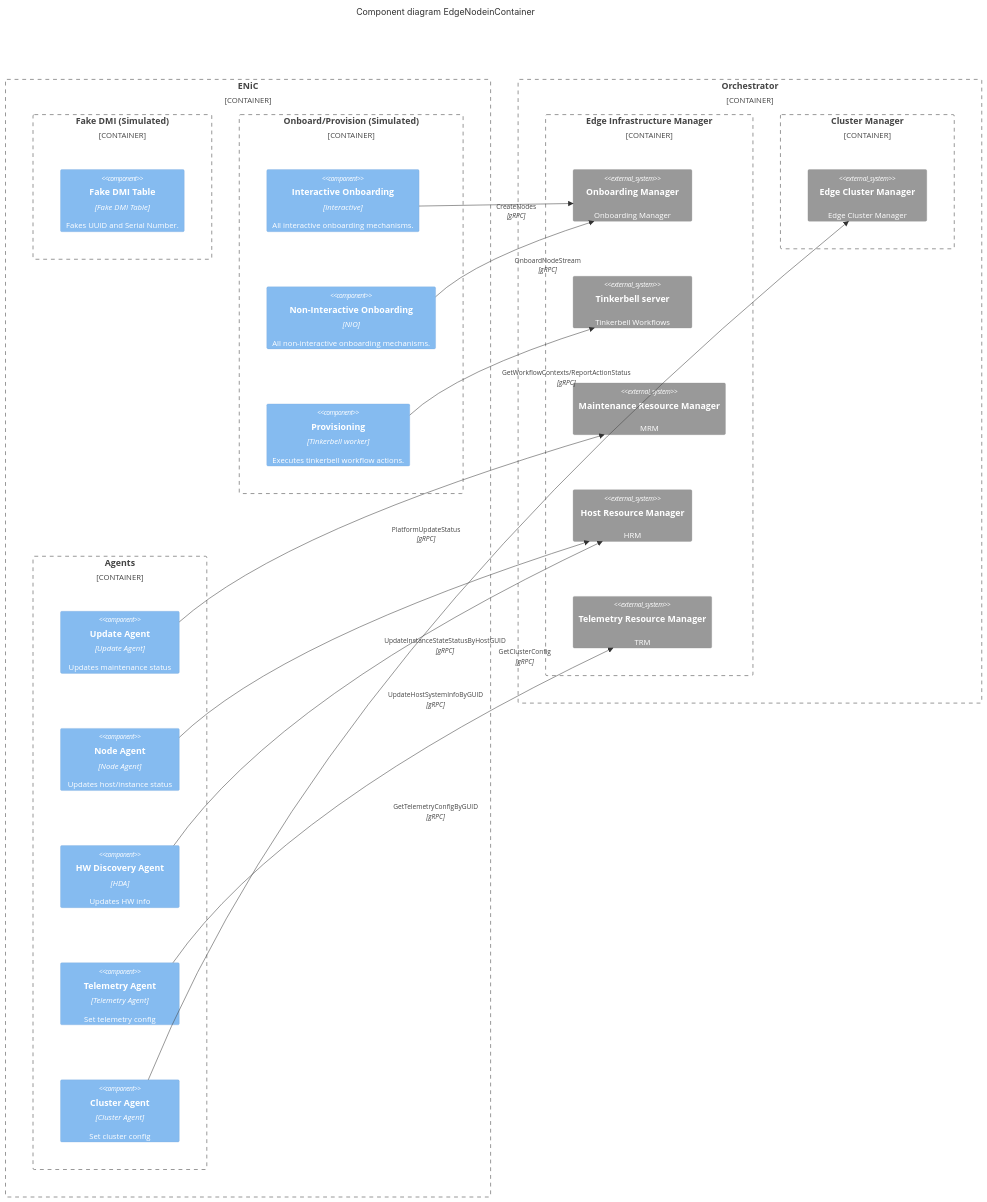
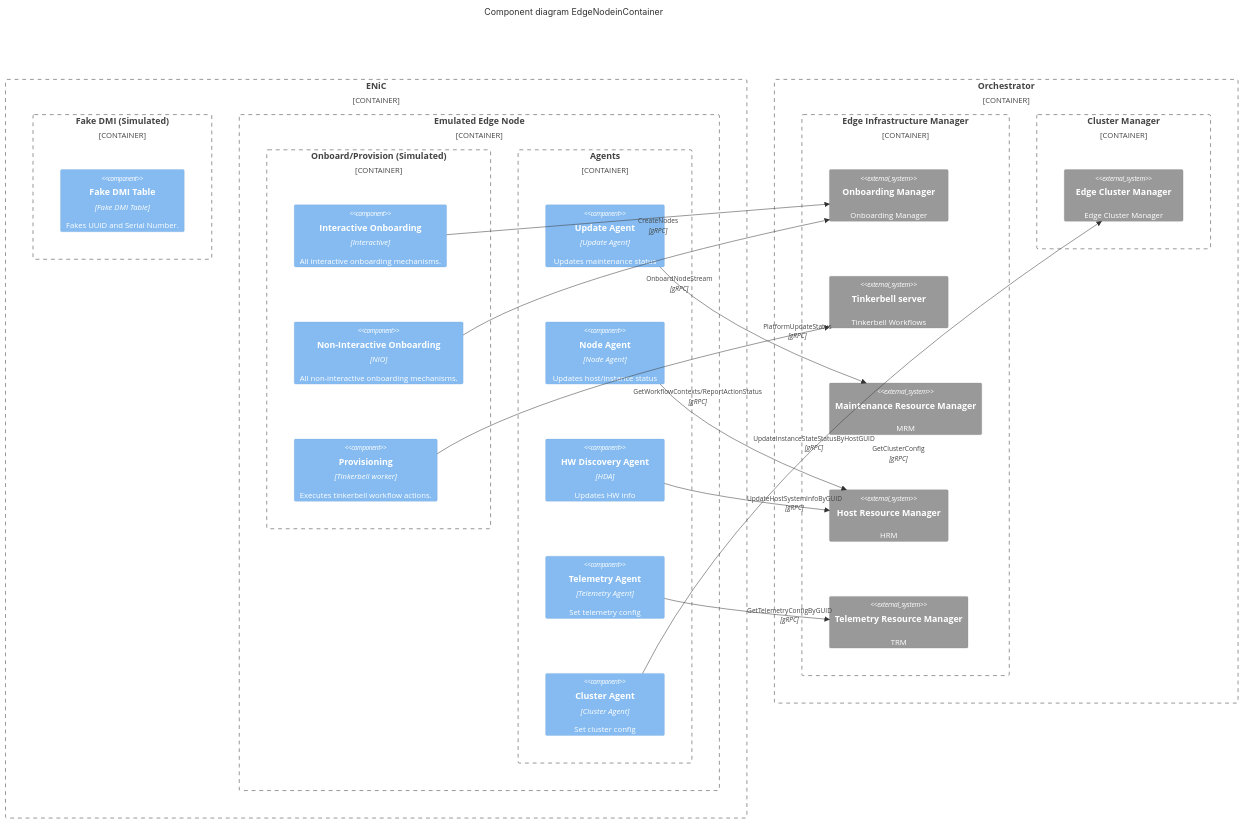
The second of 2 diagrams in edge-node-container/docs/internals.md (open-edge-platform/virtual-edge-node), drawn with Mermaid before and after one commit.

Commit message:
Updates diagram enic

````diff
--- a/edge-node-container/docs/internals.md
+++ b/edge-node-container/docs/internals.md
@@ -38,45 +38,47 @@
 ```mermaid
 C4Component
     title Component diagram EdgeNodeinContainer
 
     Container_Boundary(ensim, "ENiC") {
         Container_Boundary(fakedmi, "Fake DMI (Simulated)") {
             Component(fake, "Fake DMI Table", "Fake DMI Table", "Fakes UUID and Serial Number.")
         }
-        Container_Boundary(onbprov, "Onboard/Provision (Simulated)") {
-            Component(onboard, "Interactive Onboarding", "Interactive", "All interactive onboarding mechanisms.")
-            Component(nio, "Non-Interactive Onboarding", "NIO", "All non-interactive onboarding mechanisms.")
-            Component(prov, "Provisioning", "Tinkerbell worker", "Executes tinkerbell workflow actions.")
-        }
+        Container_Boundary(edgenode, "Emulated Edge Node") {
+          Container_Boundary(onbprov, "Onboard/Provision (Simulated)") {
+              Component(onboard, "Interactive Onboarding", "Interactive", "All interactive onboarding mechanisms.")
+              Component(nio, "Non-Interactive Onboarding", "NIO", "All non-interactive onboarding mechanisms.")
+              Component(prov, "Provisioning", "Tinkerbell worker", "Executes tinkerbell workflow actions.")
+          }
 
-        Container_Boundary(agents, "Agents") {
-            Component(update-agent, "Update Agent", "Update Agent", "Updates maintenance status")
-            Component(node-agent, "Node Agent", "Node Agent", "Updates host/instance status")
-            Component(hd-agent, "HW Discovery Agent", "HDA", "Updates HW info")
-            Component(telemetry-agent, "Telemetry Agent", "Telemetry Agent", "Set telemetry config")
-            Component(cluster-agent, "Cluster Agent", "Cluster Agent", "Set cluster config")
+          Container_Boundary(agents, "Agents") {
+              Component(update-agent, "Update Agent", "Update Agent", "Updates maintenance status")
+              Component(node-agent, "Node Agent", "Node Agent", "Updates host/instance status")
+              Component(hd-agent, "HW Discovery Agent", "HDA", "Updates HW info")
+              Component(telemetry-agent, "Telemetry Agent", "Telemetry Agent", "Set telemetry config")
+              Component(cluster-agent, "Cluster Agent", "Cluster Agent", "Set cluster config")
+          }
         }
     }
     Container_Boundary(orch, "Orchestrator") {
         Container_Boundary(infra, "Edge Infrastructure Manager") {
             System_Ext(om, "Onboarding Manager", "Onboarding Manager")
             System_Ext(tinker, "Tinkerbell server", "Tinkerbell Workflows")
             System_Ext(mrm, "Maintenance Resource Manager", "MRM")
             System_Ext(hrm, "Host Resource Manager", "HRM")
             System_Ext(trm, "Telemetry Resource Manager", "TRM")
         }
         Container_Boundary(cluster, "Cluster Manager") {
           System_Ext(ecm, "Edge Cluster Manager", "Edge Cluster Manager")
         }
     }
     Rel(onboard, om, "CreateNodes", "gRPC")
     Rel(nio, om, "OnboardNodeStream", "gRPC")
     
     Rel(prov, tinker, "GetWorkflowContexts/ReportActionStatus", "gRPC")
     
     Rel(node-agent, hrm, "UpdateInstanceStateStatusByHostGUID", "gRPC")
     Rel(hd-agent, hrm, "UpdateHostSystemInfoByGUID", "gRPC")
     Rel(update-agent, mrm, "PlatformUpdateStatus", "gRPC")
     Rel(telemetry-agent, trm, "GetTelemetryConfigByGUID", "gRPC")
     Rel(cluster-agent, ecm, "GetClusterConfig", "gRPC")
   ```
````
